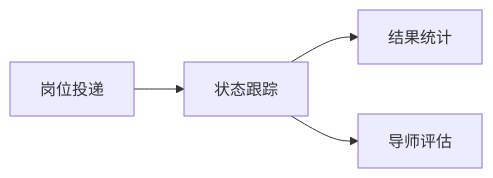
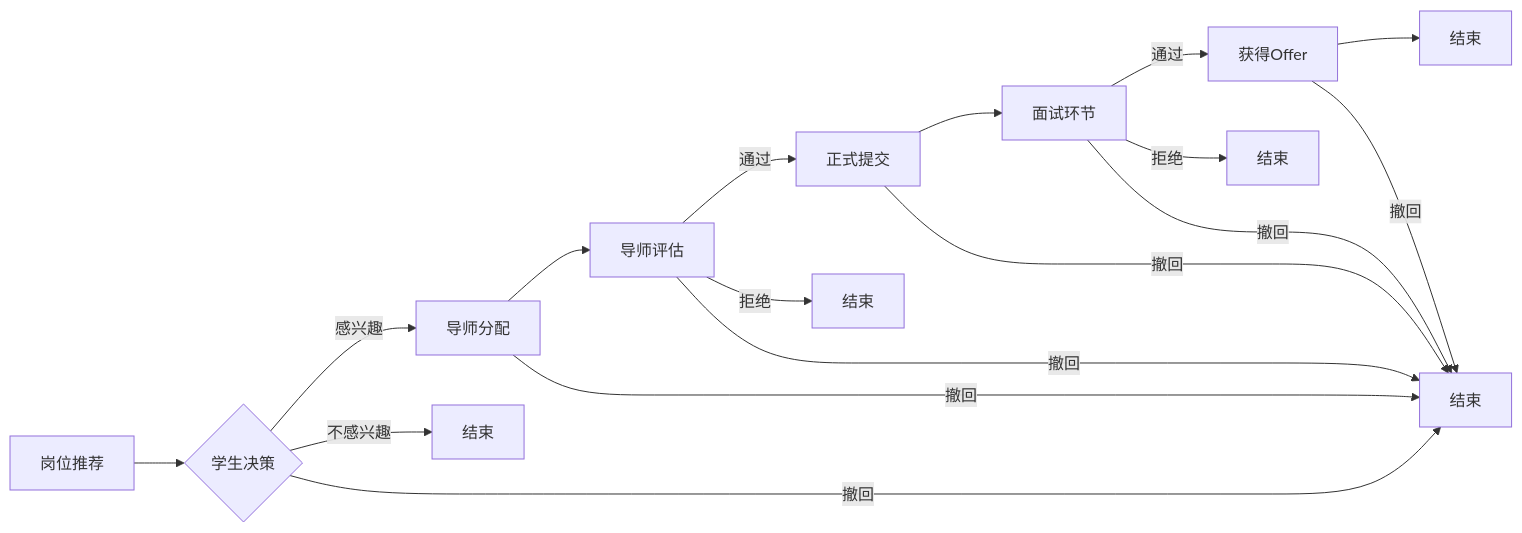
Before and after one commit to victorx98/sa2-mvp: the second of 5 diagrams in docs/placement_domain_design_v3.1.md, drawn with Mermaid. The commit also changed other lines of this file and 21 other files, not shown here.

````diff
--- a/docs/placement_domain_design_v3.1.md
+++ b/docs/placement_domain_design_v3.1.md
@@ -27,6 +27,19 @@
 ```mermaid
 flowchart LR
-    F[岗位投递] --> G[状态跟踪]
-    G --> H[结果统计]
-    G --> I[导师评估]
+    F[岗位推荐] --> G{学生决策}
+    G -->|感兴趣| H[导师分配]
+    G -->|不感兴趣| I[结束]
+    H --> J[导师评估]
+    J -->|通过| K[正式提交]
+    J -->|拒绝| L[结束]
+    K --> M[面试环节]
+    M -->|通过| N[获得Offer]
+    M -->|拒绝| O[结束]
+    N --> P[结束]
+    G -->|撤回| Q[结束]
+    H -->|撤回| Q
+    J -->|撤回| Q
+    K -->|撤回| Q
+    M -->|撤回| Q
+    N -->|撤回| Q
 ```
````
